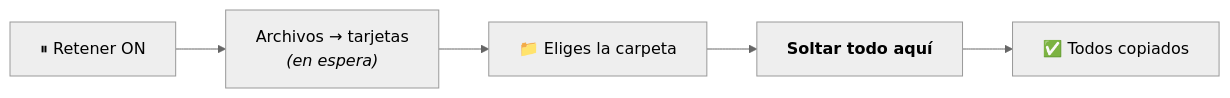
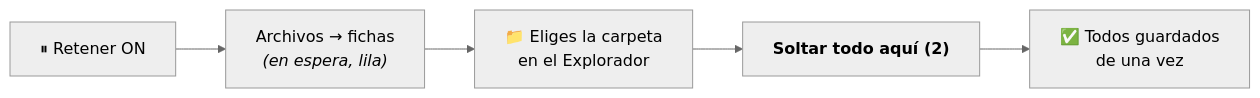
Before and after one commit to 1xmanMAX/filter-app: the seventh of 9 diagrams in README.md, drawn with Mermaid (neutral theme). The commit also changed other lines of this file and 10 other files, not shown here.

Commit message:
docs: complete README with real screenshots, diagrams and step-by-step examples

````diff
--- a/README.md
+++ b/README.md
@@ -46,7 +280,7 @@
 ```mermaid
 flowchart LR
-    R["⏸ Retener ON"] --> T["Archivos → tarjetas<br><i>(en espera)</i>"]
-    T --> F["📁 Eliges la carpeta"]
-    F --> S["<b>Soltar todo aquí</b>"]
-    S --> OK["✅ Todos copiados"]
+    R["⏸ Retener ON"] --> T["Archivos → fichas<br><i>(en espera, lila)</i>"]
+    T --> F["📁 Eliges la carpeta<br>en el Explorador"]
+    F --> S["<b>Soltar todo aquí (2)</b>"]
+    S --> OK["✅ Todos guardados<br>de una vez"]
 ```
````
